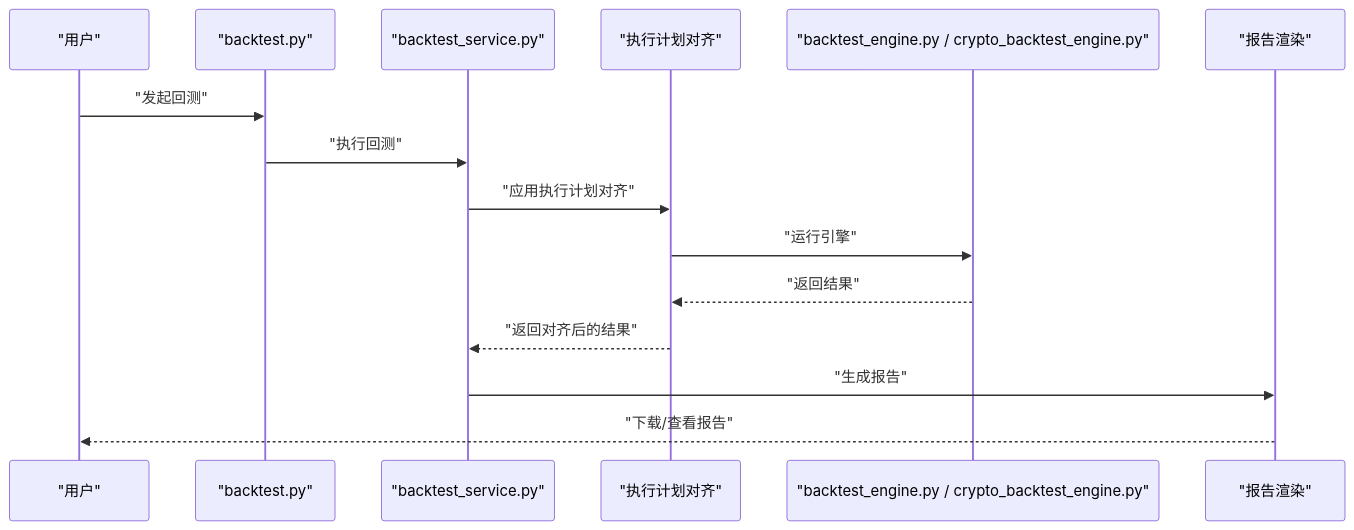
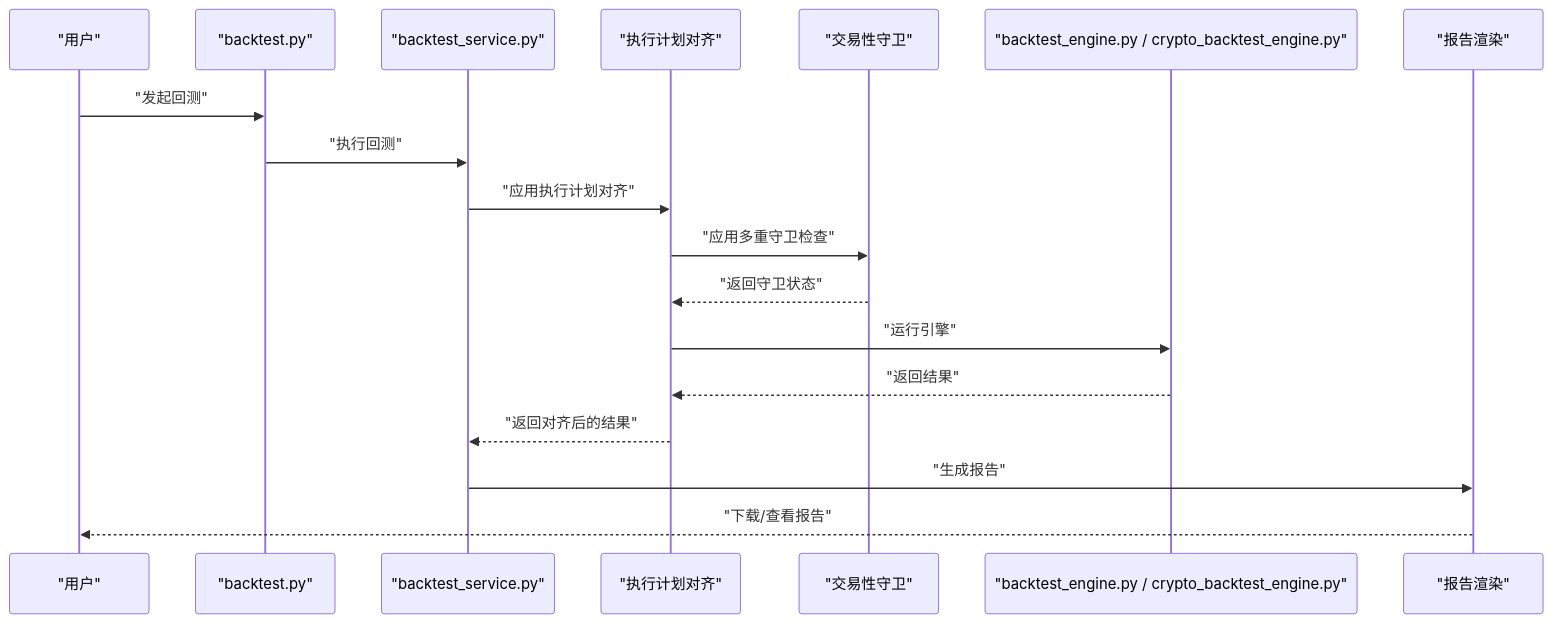
The seventh of 8 diagrams in .qoder/repowiki/zh/content/交易策略系统/风险管理.md (anYaoooo/daily_stock_analysis), drawn with Mermaid before and after one commit. The commit also changed other lines of this file and 140 other files, not shown here.

````diff
--- a/.qoder/repowiki/zh/content/交易策略系统/风险管理.md
+++ b/.qoder/repowiki/zh/content/交易策略系统/风险管理.md
@@ -362,17 +400,20 @@
 ```mermaid
 sequenceDiagram
 participant User as "用户"
 participant API as "backtest.py"
 participant Service as "backtest_service.py"
 participant Analyzer as "执行计划对齐"
+participant Guards as "交易性守卫"
 participant Engine as "backtest_engine.py / crypto_backtest_engine.py"
 participant Report as "报告渲染"
 User->>API : "发起回测"
 API->>Service : "执行回测"
 Service->>Analyzer : "应用执行计划对齐"
+Analyzer->>Guards : "应用多重守卫检查"
+Guards-->>Analyzer : "返回守卫状态"
 Analyzer->>Engine : "运行引擎"
 Engine-->>Analyzer : "返回结果"
 Analyzer-->>Service : "返回对齐后的结果"
 Service->>Report : "生成报告"
 Report-->>User : "下载/查看报告"
 ```
````
